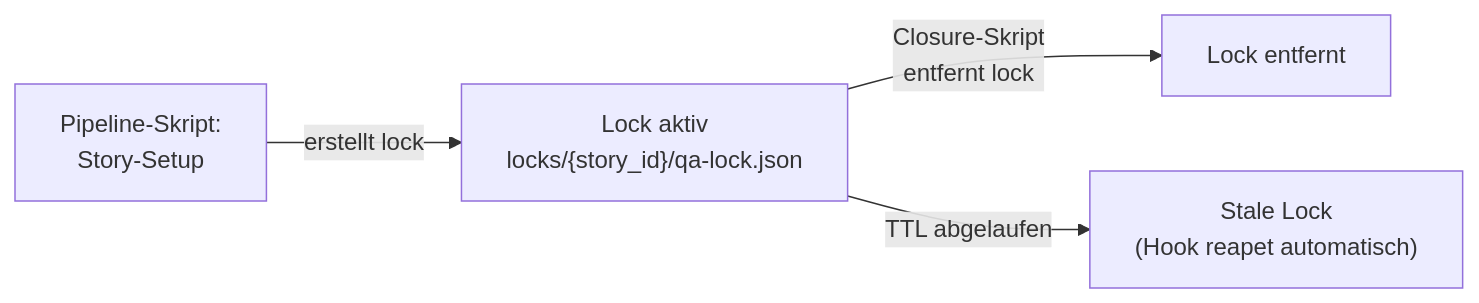
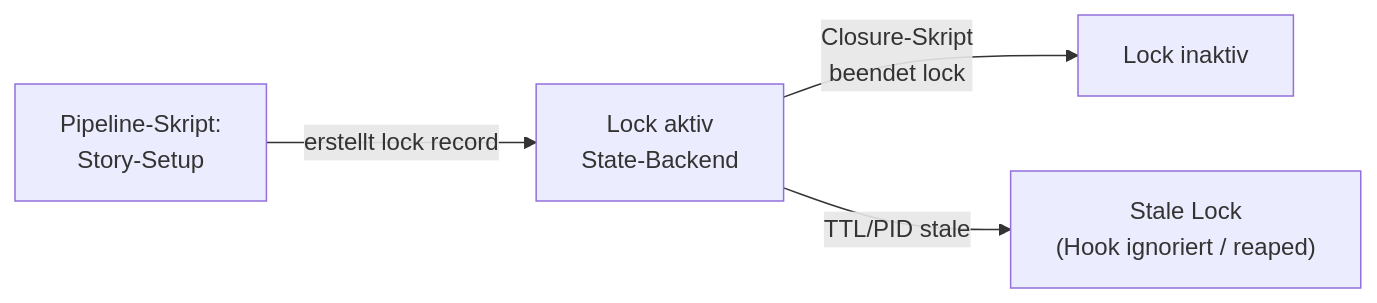
Before and after one commit to saltenhof/claude-agentkit3: the sixth of 6 diagrams in concept/technical-design/02_domaenenmodell_zustaende_artefakte.md, drawn with Mermaid. The commit also changed other lines of this file and 135 other files, not shown here.

````diff
--- a/concept/technical-design/02_domaenenmodell_zustaende_artefakte.md
+++ b/concept/technical-design/02_domaenenmodell_zustaende_artefakte.md
@@ -515,6 +622,6 @@
 ```mermaid
 flowchart LR
-    START["Pipeline-Skript:<br/>Story-Setup"] -->|"erstellt lock"| LOCKED["Lock aktiv<br/>locks/{story_id}/qa-lock.json"]
-    LOCKED -->|"Closure-Skript<br/>entfernt lock"| FREE["Lock entfernt"]
-    LOCKED -->|"TTL abgelaufen"| STALE["Stale Lock<br/>(Hook reapet automatisch)"]
+    START["Pipeline-Skript:<br/>Story-Setup"] -->|"erstellt lock record"| LOCKED["Lock aktiv<br/>State-Backend"]
+    LOCKED -->|"Closure-Skript<br/>beendet lock"| FREE["Lock inaktiv"]
+    LOCKED -->|"TTL/PID stale"| STALE["Stale Lock<br/>(Hook ignoriert / reaped)"]
 ```
````
